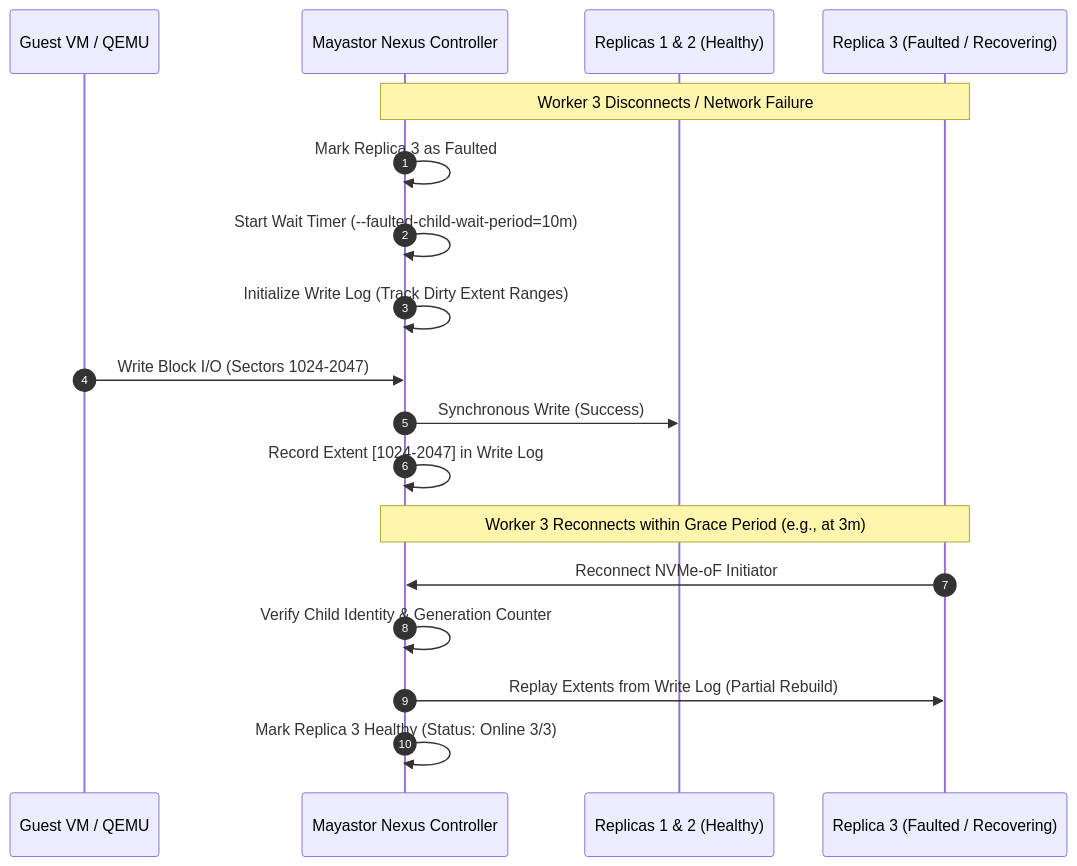
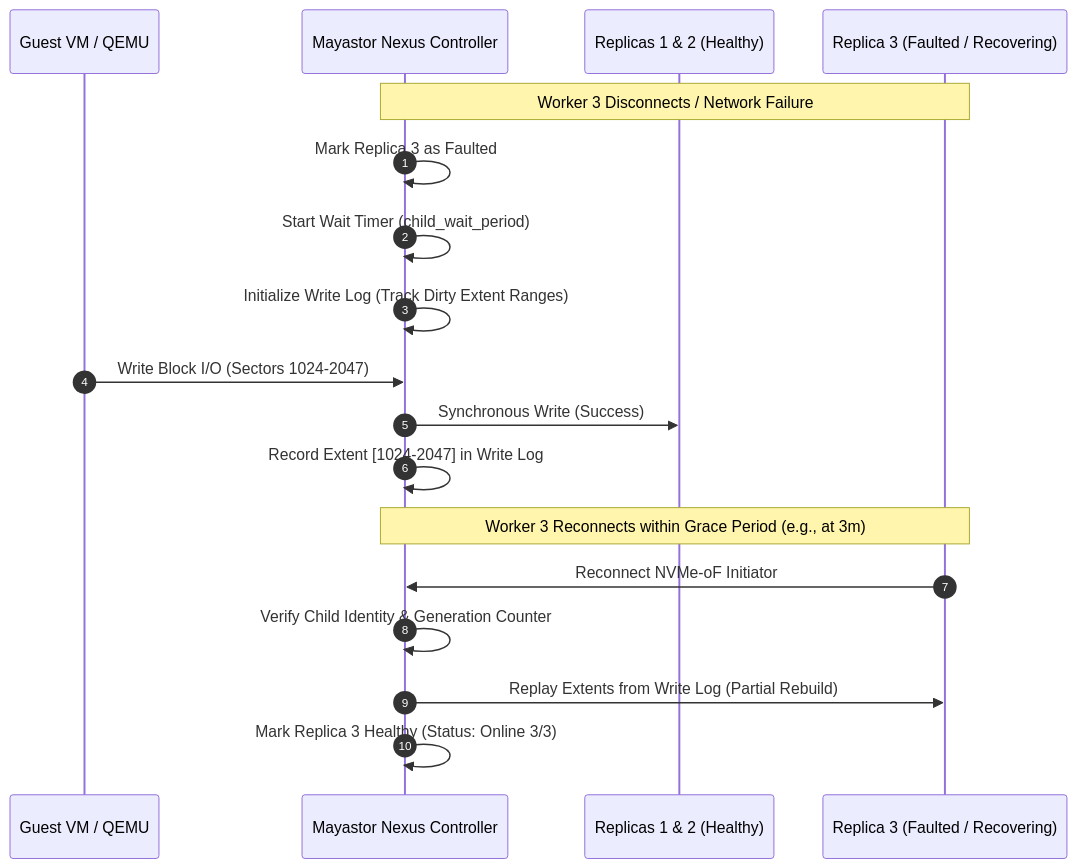
Before and after one commit to Swapnil220705/k8s-high-performance-storage: the second of 4 diagrams in docs/storage-architecture-analysis.md, drawn with Mermaid. The commit also changed other lines of this file, not shown here.

````diff
--- a/docs/storage-architecture-analysis.md
+++ b/docs/storage-architecture-analysis.md
@@ -72,23 +73,23 @@
 ```mermaid
 sequenceDiagram
     autonumber
     participant Client as Guest VM / QEMU
     participant Nexus as Mayastor Nexus Controller
     participant RepOnline as Replicas 1 & 2 (Healthy)
     participant RepOffline as Replica 3 (Faulted / Recovering)
 
     Note over Nexus,RepOffline: Worker 3 Disconnects / Network Failure
     Nexus->>Nexus: Mark Replica 3 as Faulted
-    Nexus->>Nexus: Start Wait Timer (--faulted-child-wait-period=10m)
+    Nexus->>Nexus: Start Wait Timer (child_wait_period)
     Nexus->>Nexus: Initialize Write Log (Track Dirty Extent Ranges)
     
     Client->>Nexus: Write Block I/O (Sectors 1024-2047)
     Nexus->>RepOnline: Synchronous Write (Success)
     Nexus->>Nexus: Record Extent [1024-2047] in Write Log
     
     Note over Nexus,RepOffline: Worker 3 Reconnects within Grace Period (e.g., at 3m)
     RepOffline->>Nexus: Reconnect NVMe-oF Initiator
     Nexus->>Nexus: Verify Child Identity & Generation Counter
     Nexus->>RepOffline: Replay Extents from Write Log (Partial Rebuild)
     Nexus->>Nexus: Mark Replica 3 Healthy (Status: Online 3/3)
 ```
````
